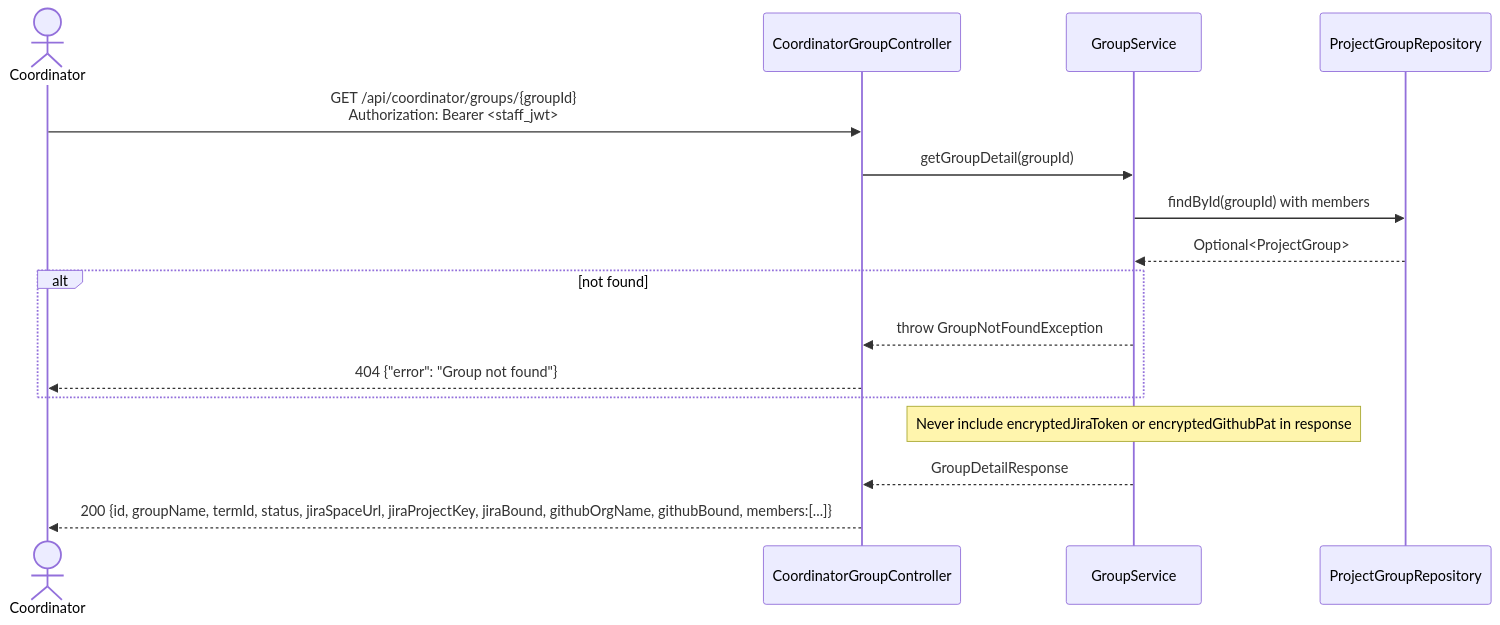
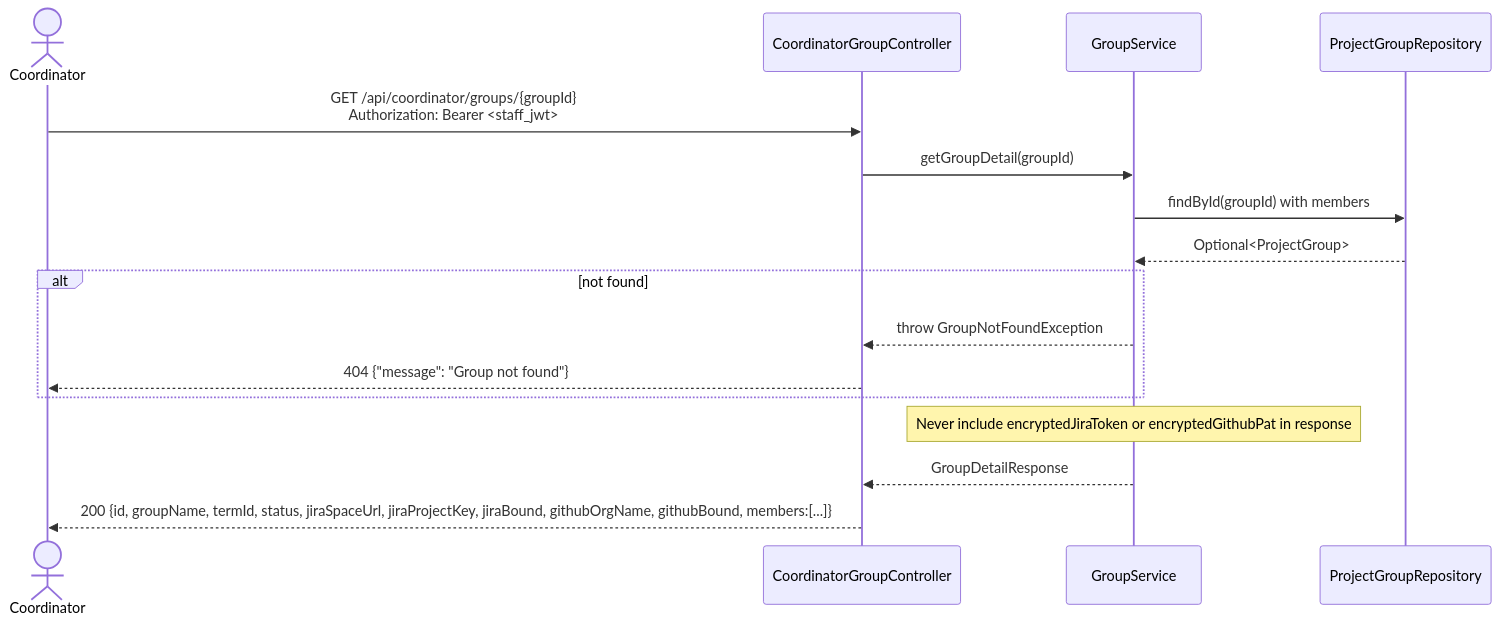
Before and after one commit to SE3318-Spring-2025-2026/senior-app-6: the second of 4 diagrams in docs/process2/sequences/2.6_coordinator_override_p2.md, drawn with Mermaid. The commit also changed other lines of this file and 27 other files, not shown here.

````diff
--- a/docs/process2/sequences/2.6_coordinator_override_p2.md
+++ b/docs/process2/sequences/2.6_coordinator_override_p2.md
@@ -43,22 +43,22 @@
 ```mermaid
 sequenceDiagram
     actor Coordinator
     participant CoordinatorGroupController
     participant GroupService
     participant ProjectGroupRepository
 
     Coordinator->>CoordinatorGroupController: GET /api/coordinator/groups/{groupId}<br/>Authorization: Bearer <staff_jwt>
 
     CoordinatorGroupController->>GroupService: getGroupDetail(groupId)
     GroupService->>ProjectGroupRepository: findById(groupId) with members
     ProjectGroupRepository-->>GroupService: Optional<ProjectGroup>
 
     alt not found
         GroupService-->>CoordinatorGroupController: throw GroupNotFoundException
-        CoordinatorGroupController-->>Coordinator: 404 {"error": "Group not found"}
+        CoordinatorGroupController-->>Coordinator: 404 {"message": "Group not found"}
     end
 
     Note over GroupService: Never include encryptedJiraToken or encryptedGithubPat in response
     GroupService-->>CoordinatorGroupController: GroupDetailResponse
     CoordinatorGroupController-->>Coordinator: 200 {id, groupName, termId, status, jiraSpaceUrl, jiraProjectKey, jiraBound, githubOrgName, githubBound, members:[...]}
 ```
````
